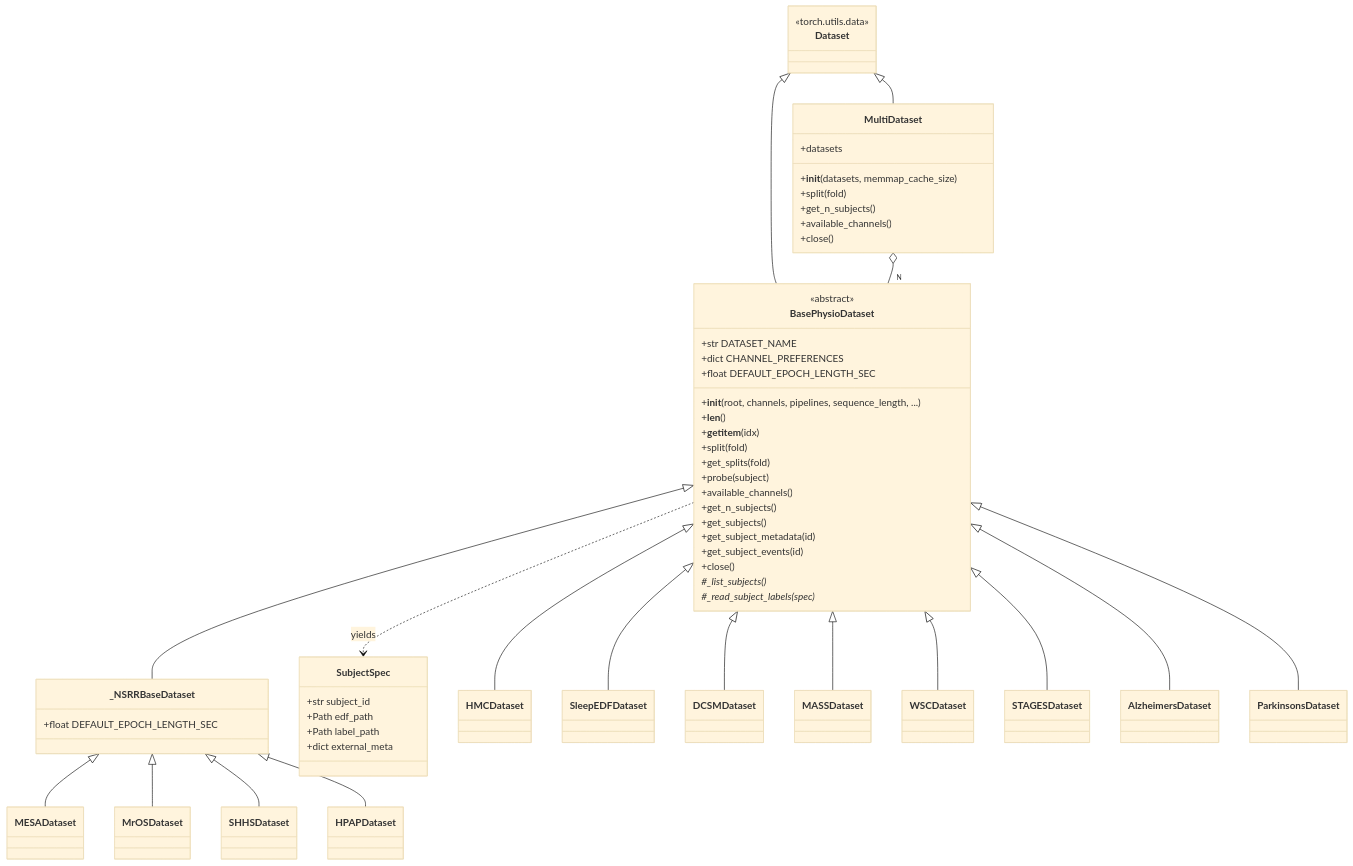
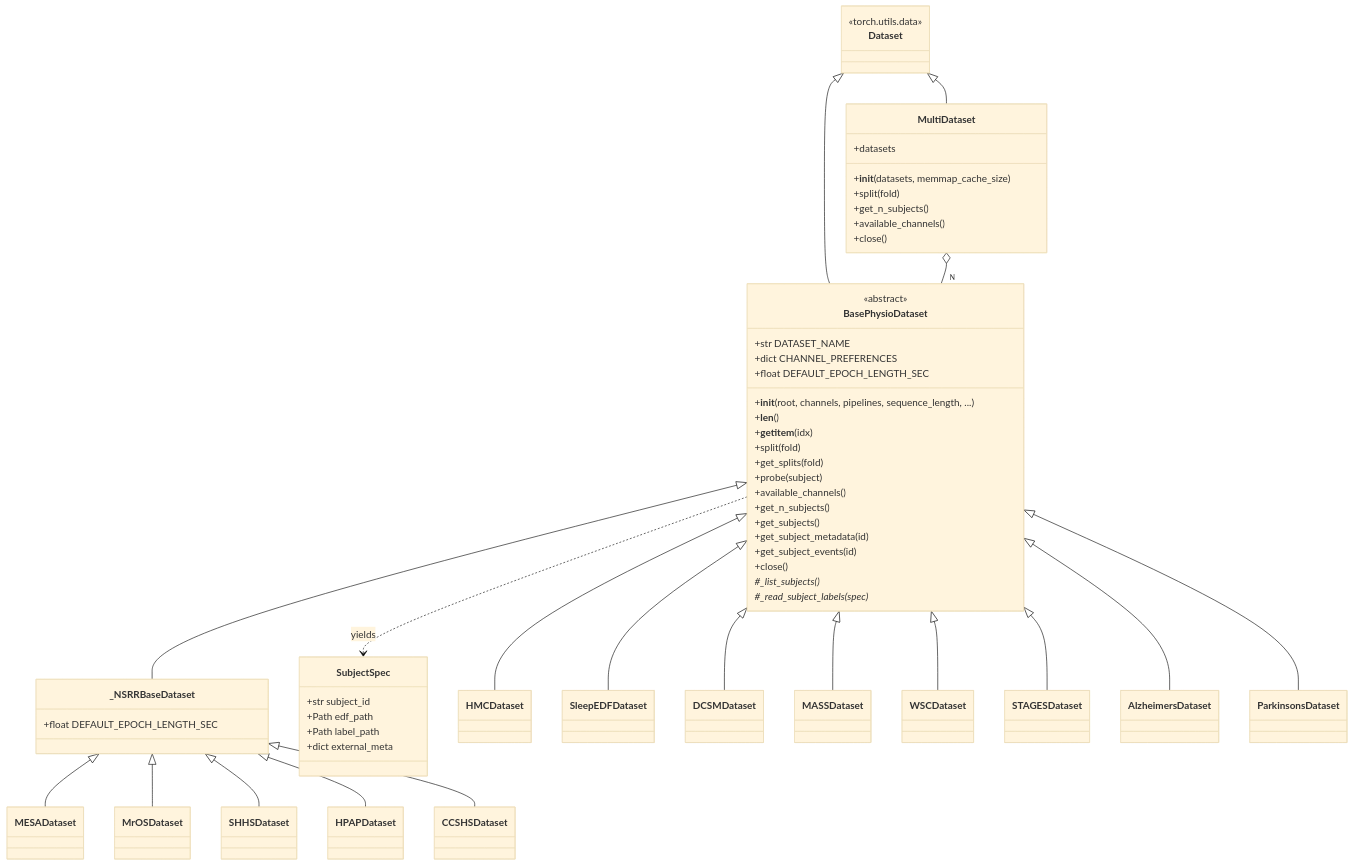
The first of 4 diagrams in docs/pages/architecture/library/data.md (guidogagl/physioex), drawn with Mermaid (base theme) before and after one commit. The commit also changed other lines of this file and 8 other files, not shown here.

````diff
--- a/docs/pages/architecture/library/data.md
+++ b/docs/pages/architecture/library/data.md
@@ -12,61 +12,62 @@
 ```mermaid
 classDiagram
     class Dataset {
         <<torch.utils.data>>
     }
     class BasePhysioDataset {
         <<abstract>>
         +str DATASET_NAME
         +dict CHANNEL_PREFERENCES
         +float DEFAULT_EPOCH_LENGTH_SEC
         +__init__(root, channels, pipelines, sequence_length, ...)
         +__len__()
         +__getitem__(idx)
         +split(fold)
         +get_splits(fold)
         +probe(subject)
         +available_channels()
         +get_n_subjects()
         +get_subjects()
         +get_subject_metadata(id)
         +get_subject_events(id)
         +close()
         #_list_subjects()*
         #_read_subject_labels(spec)*
     }
     class _NSRRBaseDataset {
         +float DEFAULT_EPOCH_LENGTH_SEC
     }
     class SubjectSpec {
         +str subject_id
         +Path edf_path
         +Path label_path
         +dict external_meta
     }
     class MultiDataset {
         +__init__(datasets, memmap_cache_size)
         +split(fold)
         +datasets
         +get_n_subjects()
         +available_channels()
         +close()
     }
 
     Dataset <|-- BasePhysioDataset
     Dataset <|-- MultiDataset
     BasePhysioDataset <|-- _NSRRBaseDataset
     BasePhysioDataset <|-- HMCDataset
     BasePhysioDataset <|-- SleepEDFDataset
     BasePhysioDataset <|-- DCSMDataset
     BasePhysioDataset <|-- MASSDataset
     BasePhysioDataset <|-- WSCDataset
     BasePhysioDataset <|-- STAGESDataset
     BasePhysioDataset <|-- AlzheimersDataset
     BasePhysioDataset <|-- ParkinsonsDataset
     _NSRRBaseDataset <|-- MESADataset
     _NSRRBaseDataset <|-- MrOSDataset
     _NSRRBaseDataset <|-- SHHSDataset
     _NSRRBaseDataset <|-- HPAPDataset
+    _NSRRBaseDataset <|-- CCSHSDataset
     MultiDataset o-- "N" BasePhysioDataset
     BasePhysioDataset ..> SubjectSpec : yields
 ```
````
